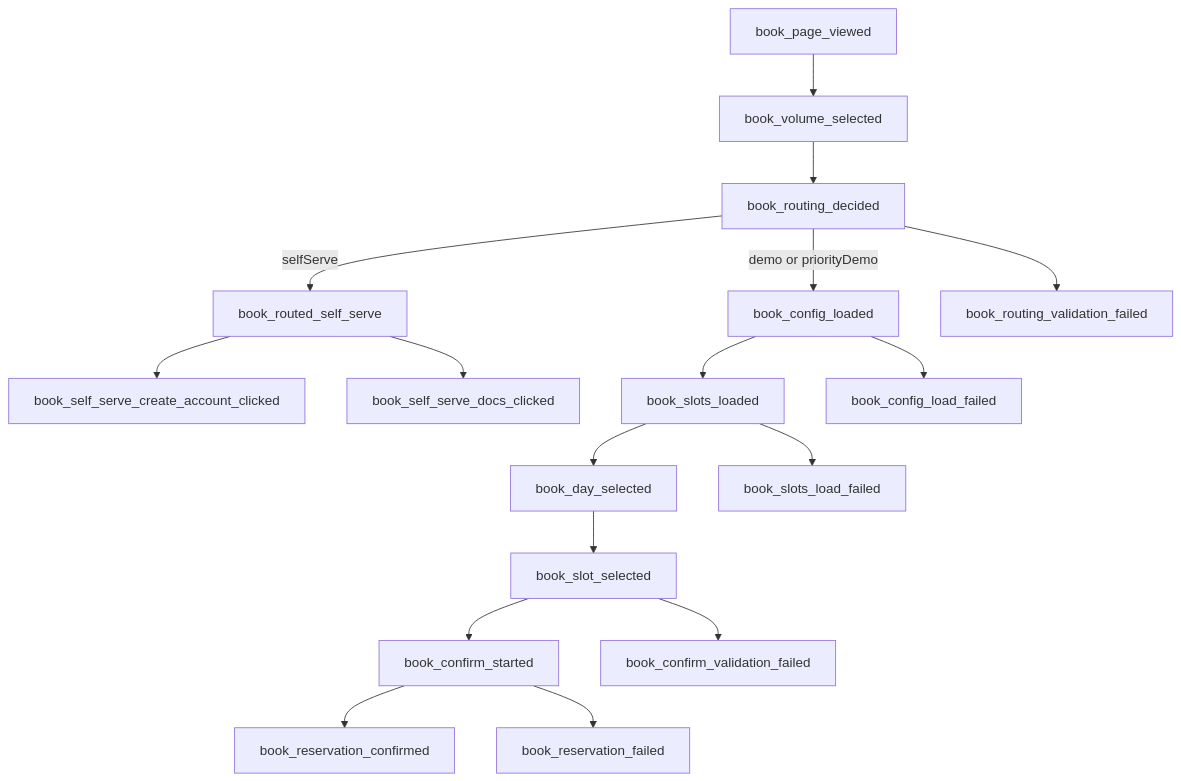
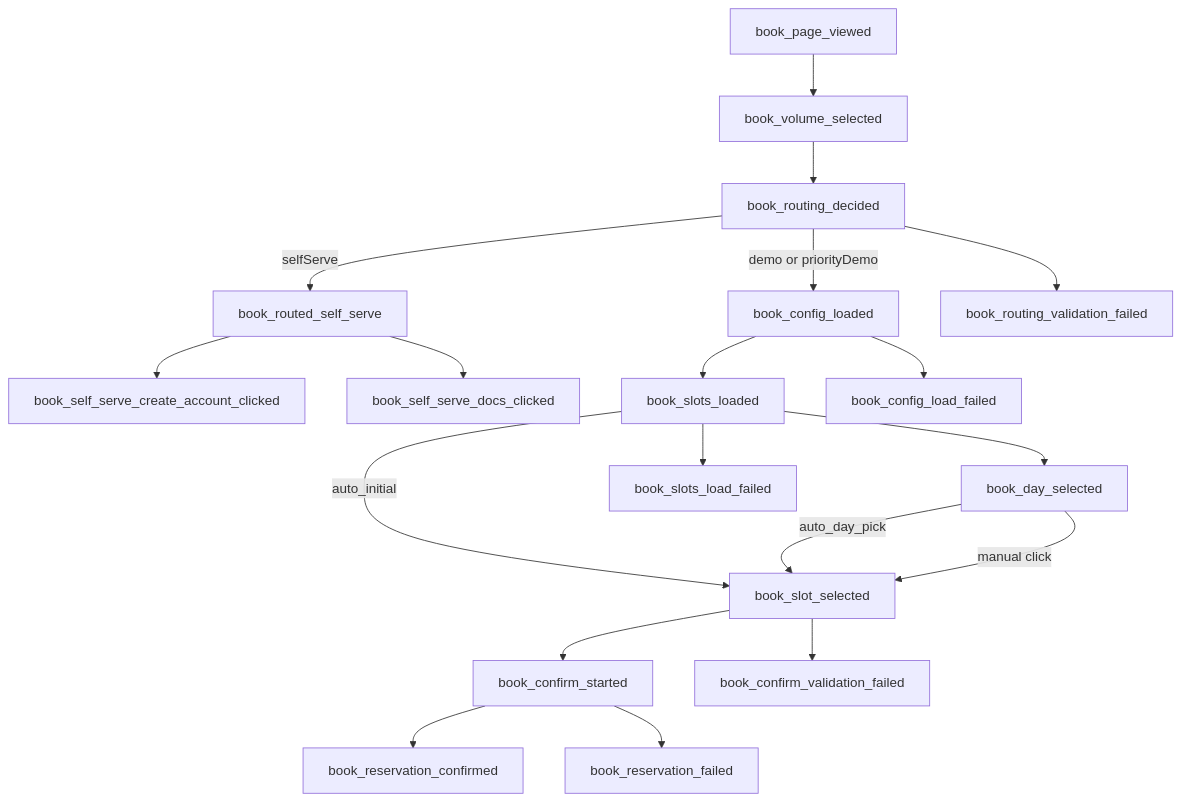
One commit to lettr-com/lettr-web changed the diagram in README.md. Above: the diagram before and after it, drawn with Mermaid. The commit also changed other lines of this file and 1 other file, not shown here.

````diff
--- a/README.md
+++ b/README.md
@@ -73,22 +75,24 @@
 ```mermaid
 flowchart TD
     A[book_page_viewed] --> B[book_volume_selected]
     B --> C[book_routing_decided]
 
     C -->|selfServe| D[book_routed_self_serve]
     D --> E[book_self_serve_create_account_clicked]
     D --> F[book_self_serve_docs_clicked]
 
     C -->|demo or priorityDemo| G[book_config_loaded]
     G --> H[book_slots_loaded]
+    H -->|auto_initial| J[book_slot_selected]
     H --> I[book_day_selected]
-    I --> J[book_slot_selected]
+    I -->|auto_day_pick| J
+    I -->|manual click| J
     J --> K[book_confirm_started]
     K --> L[book_reservation_confirmed]
 
     C --> X1[book_routing_validation_failed]
     G --> X2[book_config_load_failed]
     H --> X3[book_slots_load_failed]
     J --> X4[book_confirm_validation_failed]
     K --> X5[book_reservation_failed]
 ```
````
